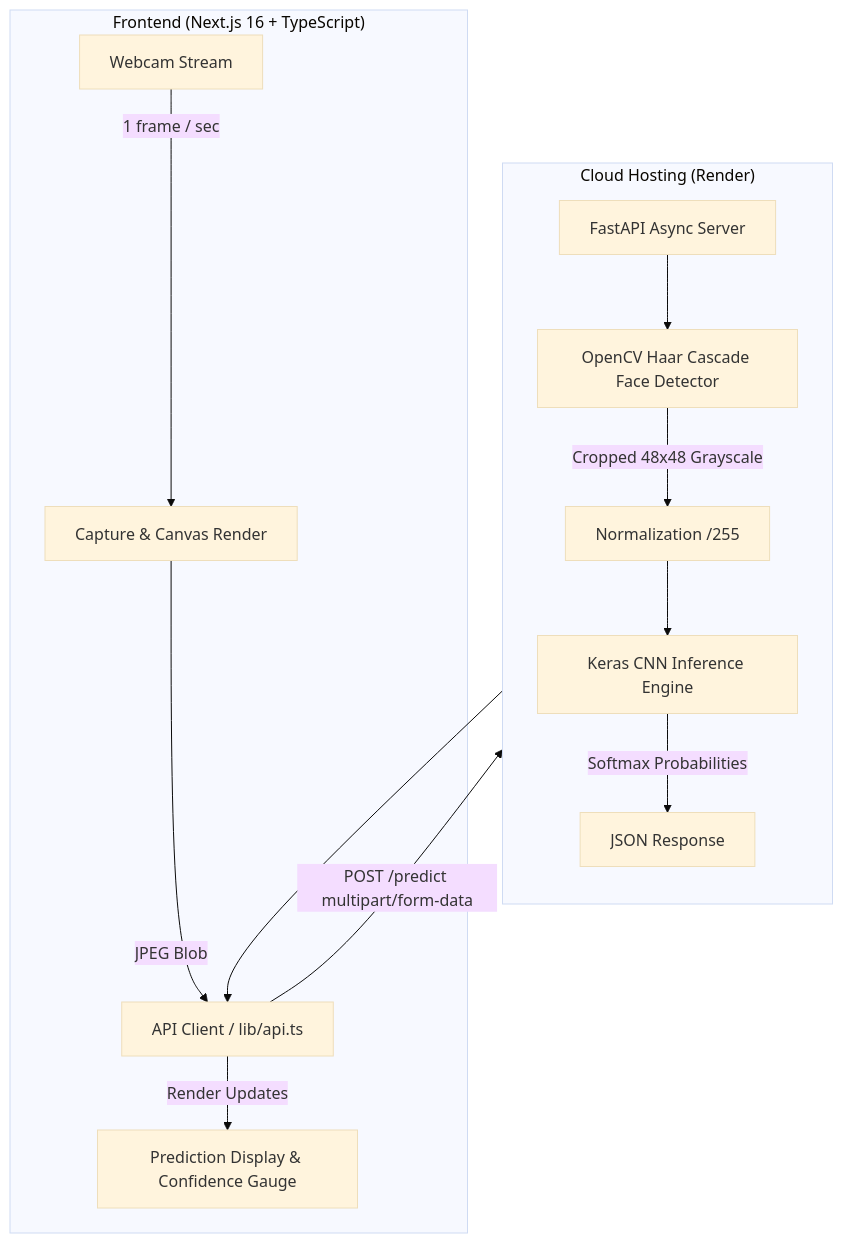
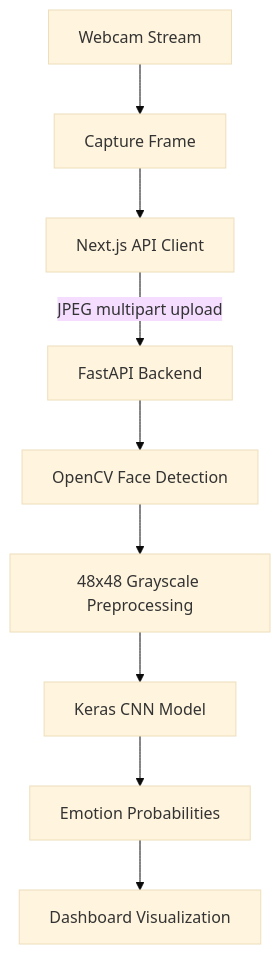
Before and after one commit to AhmedMuarij/Emotion_Detector: the diagram in README.md, drawn with Mermaid (base theme). The commit also changed other lines of this file, not shown here.

Commit message:
docs: polish EmotionAI README for portfolio showcase

````diff
--- a/README.md
+++ b/README.md
@@ -38,19 +63,11 @@
 ```mermaid
 flowchart TD
-    subgraph Client ["Frontend (Next.js 16 + TypeScript)"]
-        WC[Webcam Stream] -->|1 frame / sec| Canvas[Capture & Canvas Render]
-        Canvas -->|JPEG Blob| Fetch[API Client / lib/api.ts]
-        Fetch -->|Render Updates| UI[Prediction Display & Confidence Gauge]
-    end
-
-    subgraph Cloud ["Cloud Hosting (Render)"]
-        direction TB
-        Fetch -->|POST /predict multipart/form-data| API[FastAPI Async Server]
-        API --> CV[OpenCV Haar Cascade Face Detector]
-        CV -->|Cropped 48x48 Grayscale| Normalizer[Normalization /255]
-        Normalizer --> Model[Keras CNN Inference Engine]
-        Model -->|Softmax Probabilities| Response[JSON Response]
-    end
-
-    Response --> Fetch
+    A[Webcam Stream] --> B[Capture Frame]
+    B --> C[Next.js API Client]
+    C -->|JPEG multipart upload| D[FastAPI Backend]
+    D --> E[OpenCV Face Detection]
+    E --> F[48x48 Grayscale Preprocessing]
+    F --> G[Keras CNN Model]
+    G --> H[Emotion Probabilities]
+    H --> I[Dashboard Visualization]
 ```
````
